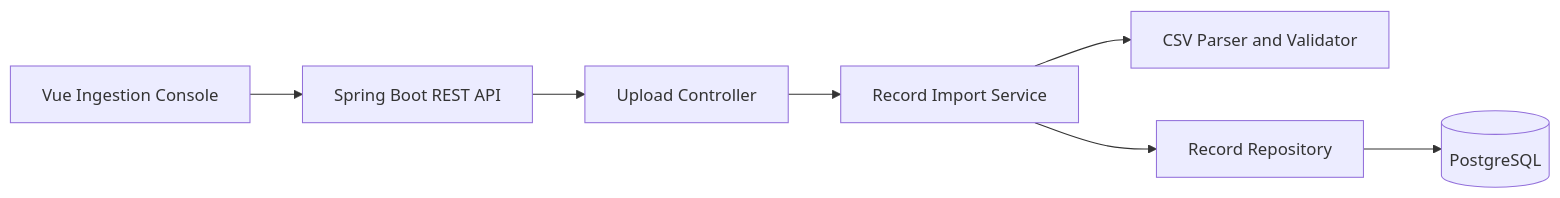
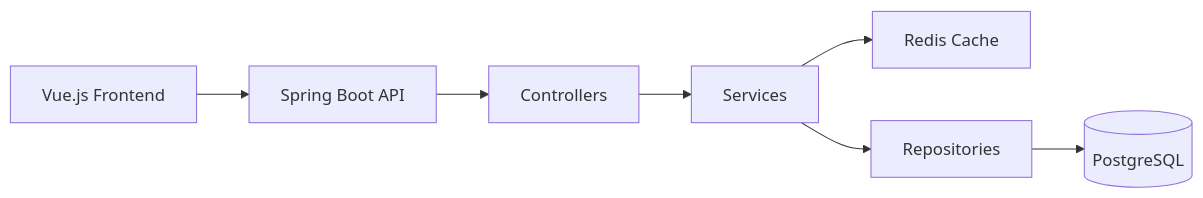
Before and after one commit to richardwaters9049/Data-Platform: the first of 3 diagrams in README.md, drawn with Mermaid. The commit also changed other lines of this file and 1 other file, not shown here.

````diff
--- a/README.md
+++ b/README.md
@@ -114,17 +106,17 @@
 ```mermaid
 flowchart LR
-    client["Vue Ingestion Console"]
-    api["Spring Boot REST API"]
-    controller["Upload Controller"]
-    service["Record Import Service"]
-    parser["CSV Parser and Validator"]
-    repo["Record Repository"]
+    frontend["Vue.js Frontend"]
+    api["Spring Boot API"]
+    controller["Controllers"]
+    service["Services"]
+    cache["Redis Cache"]
+    repo["Repositories"]
     postgres[("PostgreSQL")]
 
-    client --> api
+    frontend --> api
     api --> controller
     controller --> service
-    service --> parser
+    service --> cache
     service --> repo
     repo --> postgres
 ```
````
